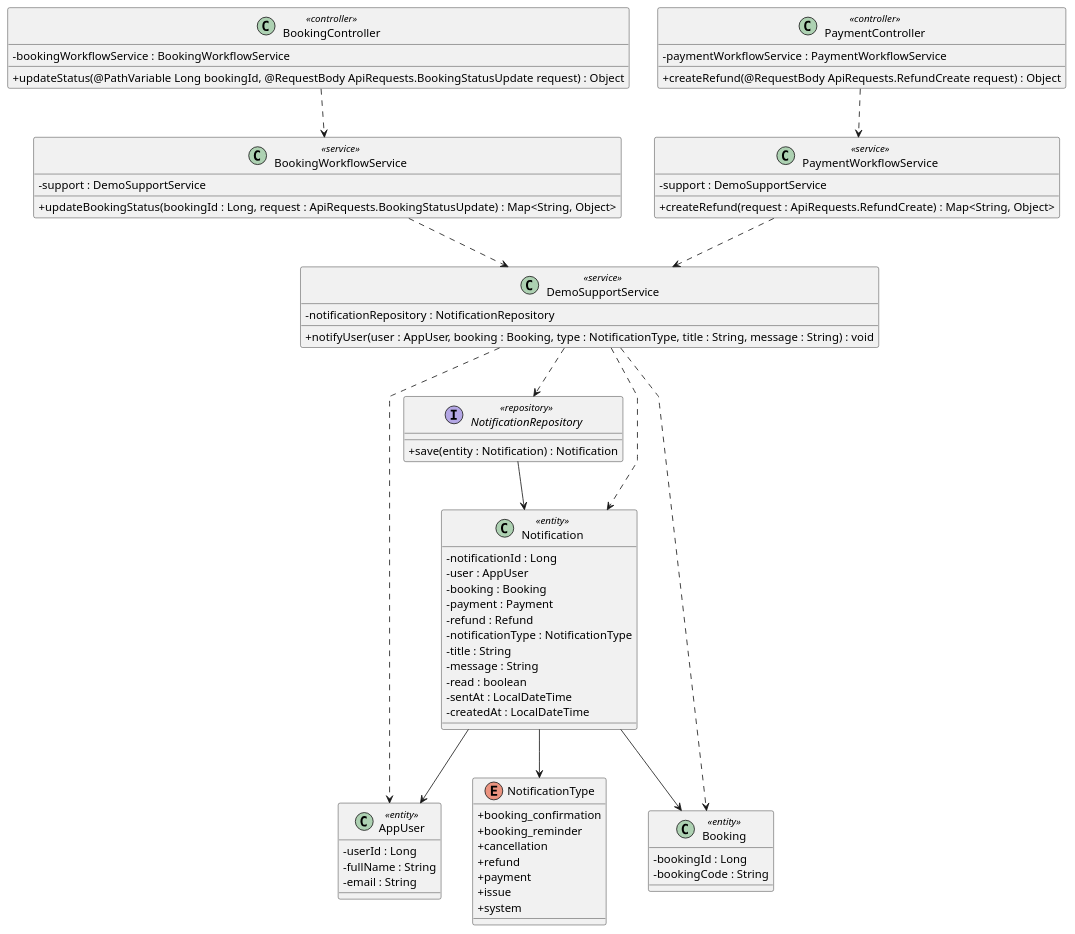
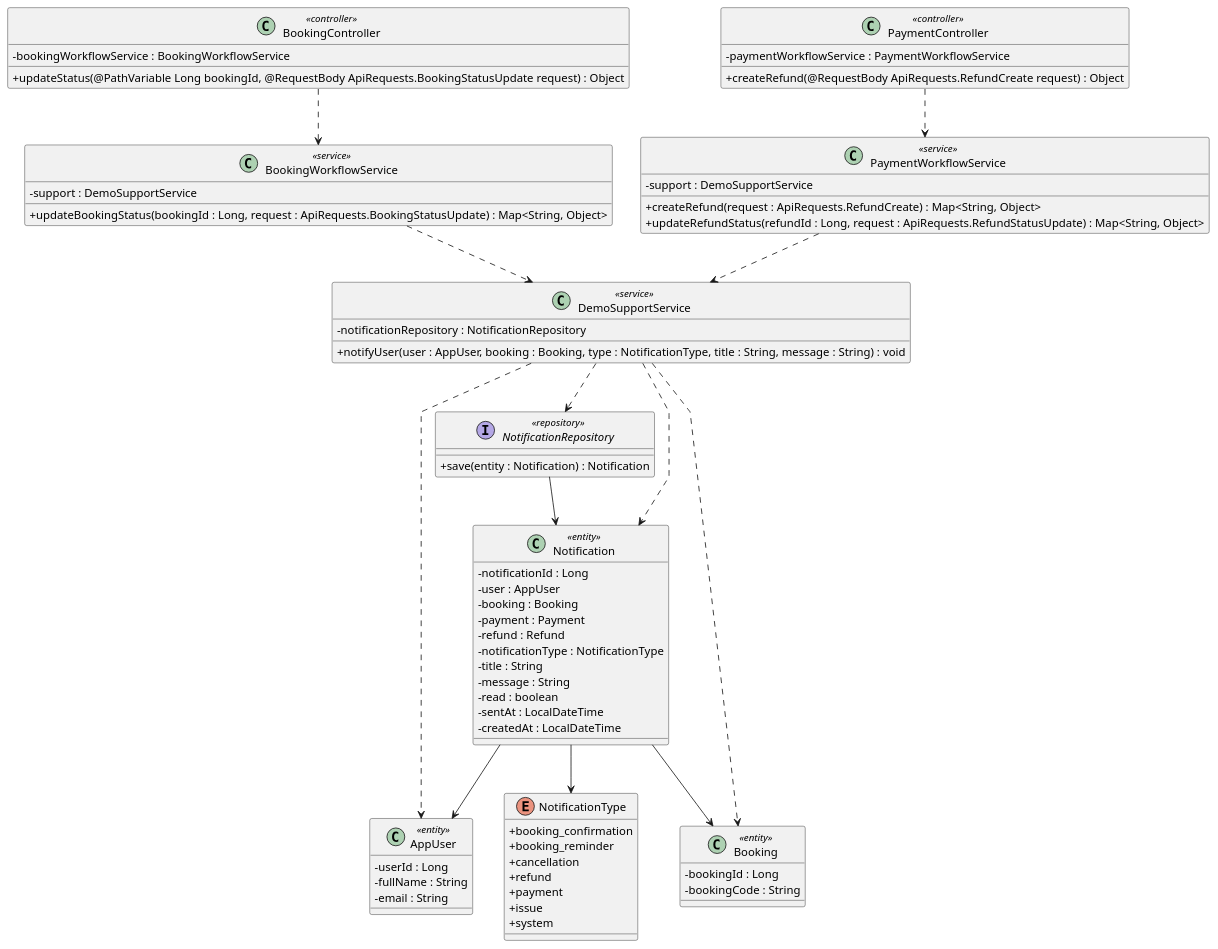
The diagram in docs/Class Diagram/send-cancellation-refund-notification.puml (maxwell1904/SWP391_G3), drawn with PlantUML before and after one commit. The commit also changed 40 other files, not shown here.

Commit message:
align code-first docs and complete suggestion flow

```diff
--- a/docs/Class Diagram/send-cancellation-refund-notification.puml
+++ b/docs/Class Diagram/send-cancellation-refund-notification.puml
@@ -1,89 +1,90 @@
 @startuml
 
 skinparam classAttributeIconSize 0
 skinparam linetype polyline
 
 class BookingController <<controller>> {
     -bookingWorkflowService : BookingWorkflowService
 
     +updateStatus(@PathVariable Long bookingId, @RequestBody ApiRequests.BookingStatusUpdate request) : Object
 }
 
 class PaymentController <<controller>> {
     -paymentWorkflowService : PaymentWorkflowService
 
     +createRefund(@RequestBody ApiRequests.RefundCreate request) : Object
 }
 
 class BookingWorkflowService <<service>> {
     -support : DemoSupportService
 
     +updateBookingStatus(bookingId : Long, request : ApiRequests.BookingStatusUpdate) : Map<String, Object>
 }
 
 class PaymentWorkflowService <<service>> {
     -support : DemoSupportService
 
     +createRefund(request : ApiRequests.RefundCreate) : Map<String, Object>
+    +updateRefundStatus(refundId : Long, request : ApiRequests.RefundStatusUpdate) : Map<String, Object>
 }
 
 class DemoSupportService <<service>> {
     -notificationRepository : NotificationRepository
 
     +notifyUser(user : AppUser, booking : Booking, type : NotificationType, title : String, message : String) : void
 }
 
 interface NotificationRepository <<repository>> {
     +save(entity : Notification) : Notification
 }
 
 class Notification <<entity>> {
     -notificationId : Long
     -user : AppUser
     -booking : Booking
     -payment : Payment
     -refund : Refund
     -notificationType : NotificationType
     -title : String
     -message : String
     -read : boolean
     -sentAt : LocalDateTime
     -createdAt : LocalDateTime
 }
 
 class AppUser <<entity>> {
     -userId : Long
     -fullName : String
     -email : String
 }
 
 class Booking <<entity>> {
     -bookingId : Long
     -bookingCode : String
 }
 
 enum NotificationType {
     + booking_confirmation
     + booking_reminder
     + cancellation
     + refund
     + payment
     + issue
     + system
 }
 
 ' Relationships
 BookingController ..> BookingWorkflowService
 PaymentController ..> PaymentWorkflowService
 BookingWorkflowService ..> DemoSupportService
 PaymentWorkflowService ..> DemoSupportService
 DemoSupportService ..> NotificationRepository
 DemoSupportService ..> Notification
 DemoSupportService ..> AppUser
 DemoSupportService ..> Booking
 NotificationRepository --> Notification
 Notification --> AppUser
 Notification --> Booking
 Notification --> NotificationType
 
 @enduml
```
